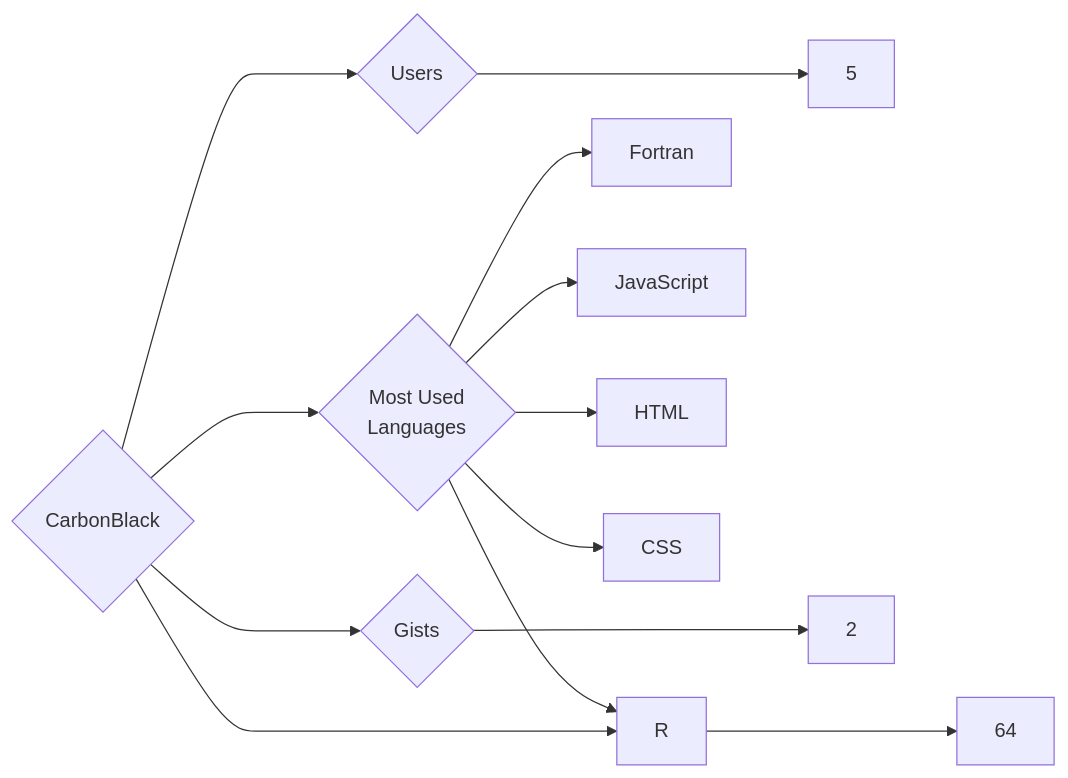
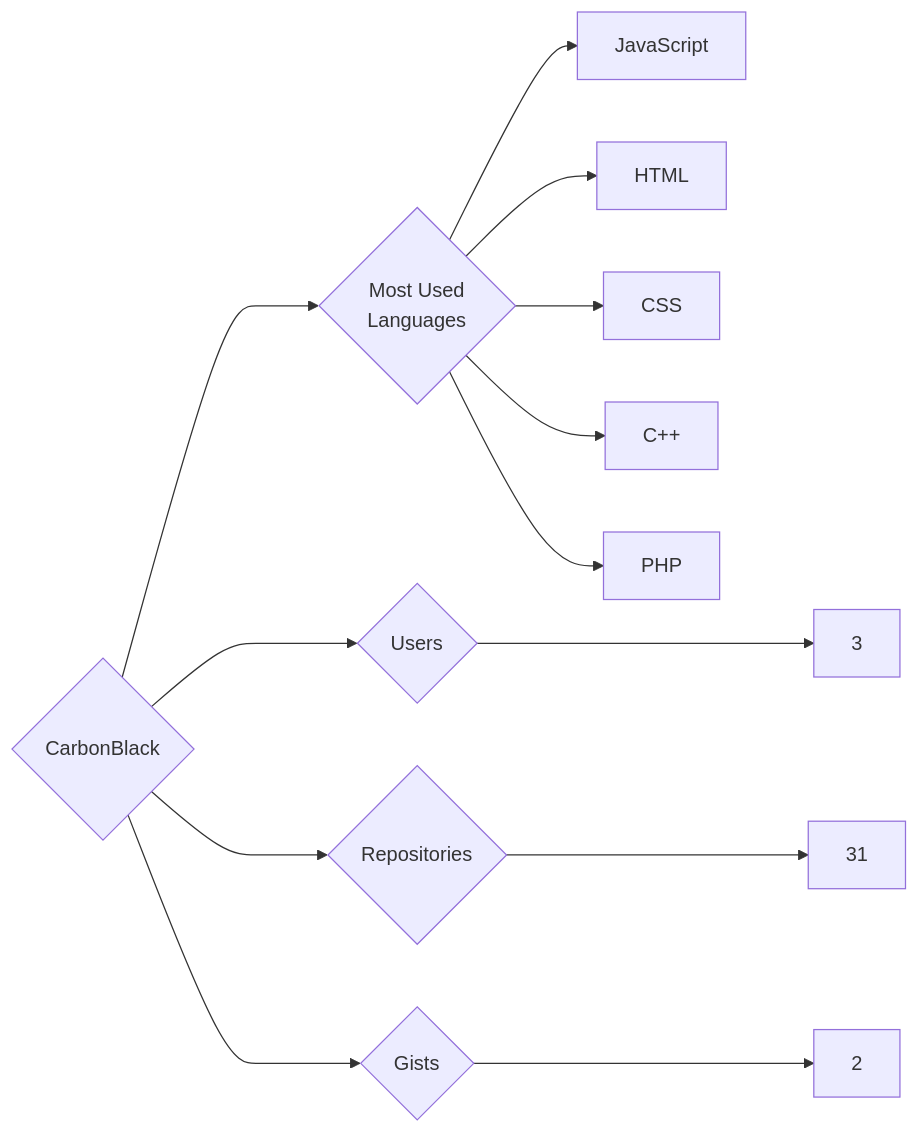
The diagram in targets/CarbonBlack/README.md (trickest/insiders), drawn with Mermaid before and after one commit. The commit also changed 723 other files, not shown here.

````diff
--- a/targets/CarbonBlack/README.md
+++ b/targets/CarbonBlack/README.md
@@ -3,13 +3,13 @@
 ```mermaid
 graph LR
 COMPANY_NAME{CarbonBlack}
-COMPANY_NAME ---> U{Users} ---> UN[5]
-COMPANY_NAME ---> R{Repositories} ---> RN[64]
+COMPANY_NAME ---> U{Users} ---> UN[3]
+COMPANY_NAME ---> R{Repositories} ---> RN[31]
 COMPANY_NAME ---> G{Gists} ---> GN[2]
 COMPANY_NAME ---> ML{Most Used<br>Languages}
-ML --> Fortran[Fortran]
 ML --> JavaScript[JavaScript]
 ML --> HTML[HTML]
-ML --> R[R]
 ML --> CSS[CSS]
+ML --> C++[C++]
+ML --> PHP[PHP]
 ```
````
